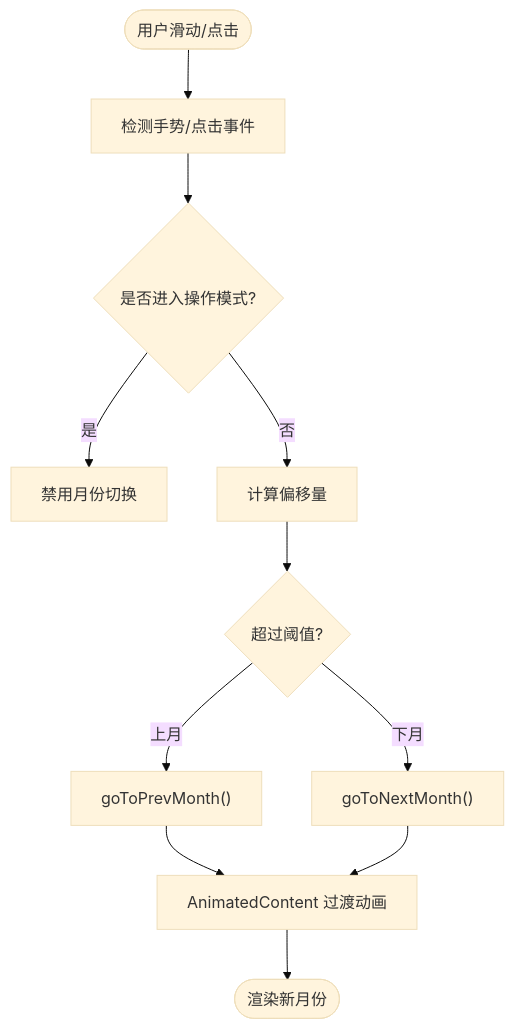
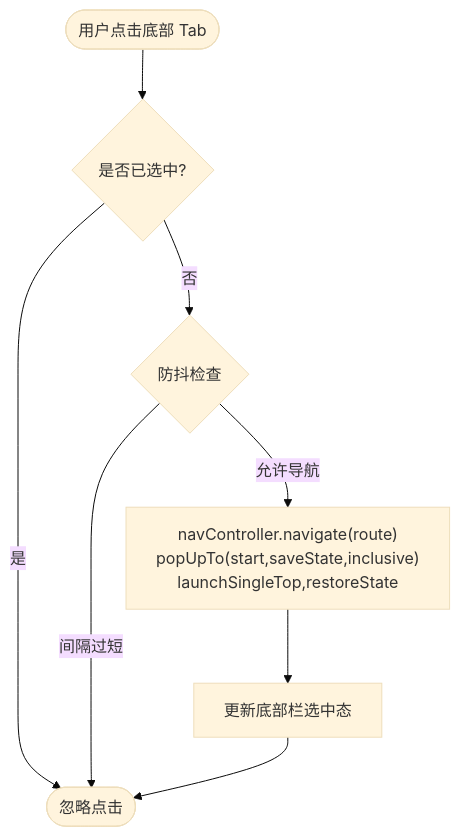
The third of 7 diagrams in .qoder/repowiki/zh/content/架构设计/导航系统设计.md (xiaobai860/paibanrili), drawn with Mermaid (base theme) before and after one commit. The commit also changed other lines of this file and 245 other files, not shown here.

````diff
--- a/.qoder/repowiki/zh/content/架构设计/导航系统设计.md
+++ b/.qoder/repowiki/zh/content/架构设计/导航系统设计.md
@@ -382,13 +130,10 @@
 ```mermaid
 flowchart TD
-Start(["用户滑动/点击"]) --> Detect["检测手势/点击事件"]
-Detect --> Decide{"是否进入操作模式?"}
-Decide --> |是| BlockSwipe["禁用月份切换"]
-Decide --> |否| Swipe["计算偏移量"]
-Swipe --> Threshold{"超过阈值?"}
-Threshold --> |上月| PrevMonth["goToPrevMonth()"]
-Threshold --> |下月| NextMonth["goToNextMonth()"]
-PrevMonth --> Animate["AnimatedContent 过渡动画"]
-NextMonth --> Animate
-Animate --> End(["渲染新月份"])
+Start(["用户点击底部 Tab"]) --> CheckSelected{"是否已选中?"}
+CheckSelected --> |是| End(["忽略点击"])
+CheckSelected --> |否| Debounce{"防抖检查"}
+Debounce --> |间隔过短| End
+Debounce --> |允许导航| Navigate["navController.navigate(route)<br/>popUpTo(start,saveState,inclusive)<br/>launchSingleTop,restoreState"]
+Navigate --> UpdateUI["更新底部栏选中态"]
+UpdateUI --> End
 ```
````
